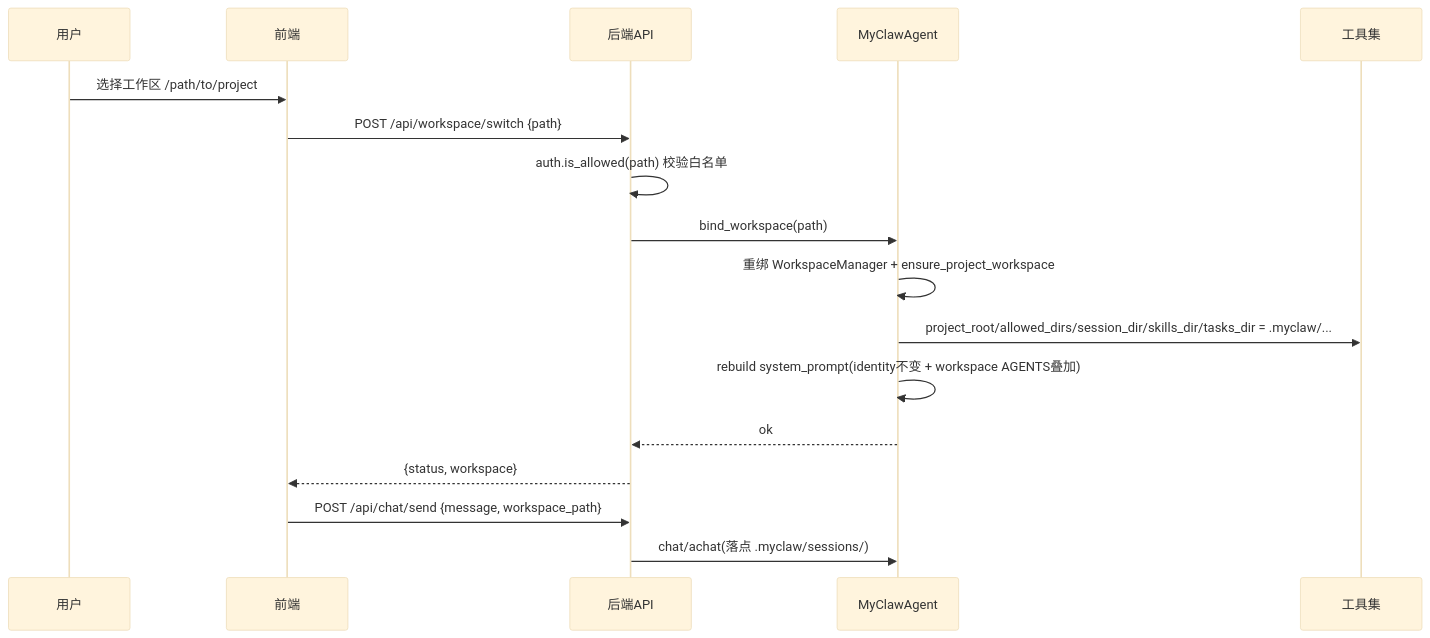
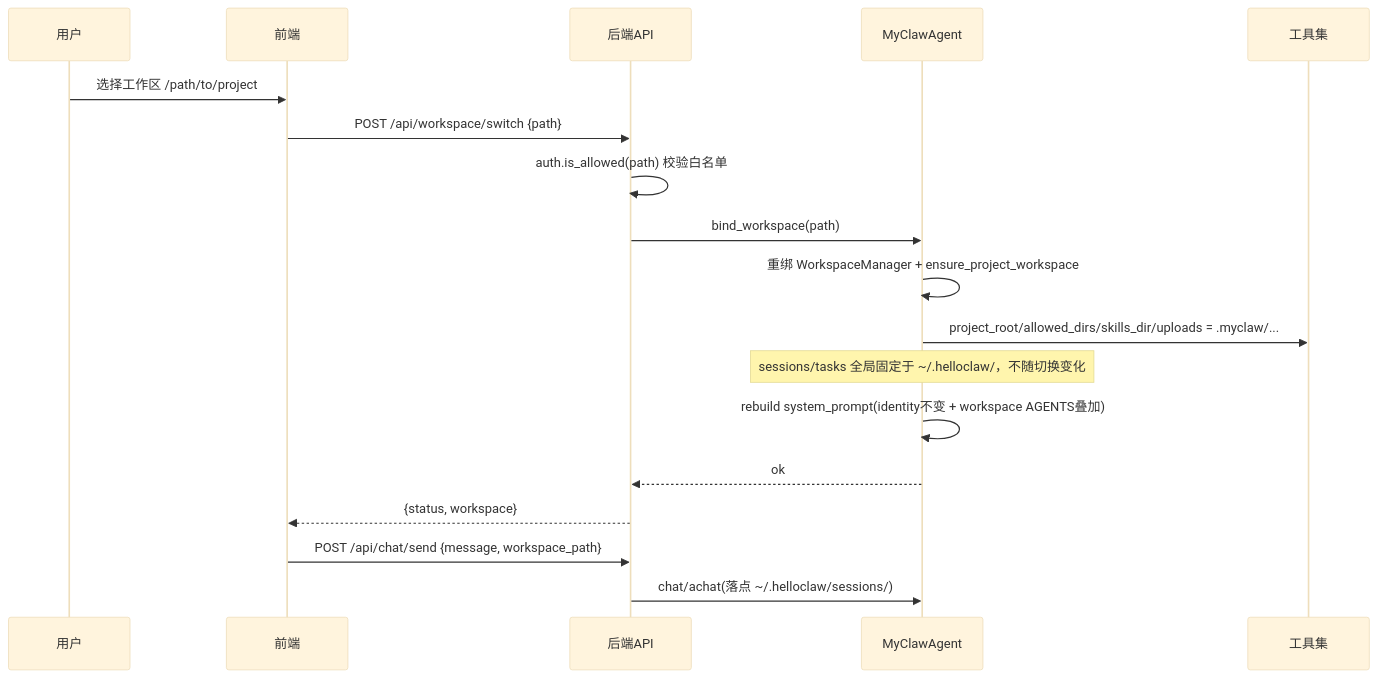
One commit to promisestar/MyClaw changed the diagram in docs/MyClaw实现详解/Agent多工作区设计与实现/多工作区工程设计.md. Above: the diagram before and after it, drawn with Mermaid (base theme). The commit also changed other lines of this file and 6 other files, not shown here.

````diff
--- a/docs/MyClaw实现详解/Agent多工作区设计与实现/多工作区工程设计.md
+++ b/docs/MyClaw实现详解/Agent多工作区设计与实现/多工作区工程设计.md
@@ -281,20 +285,21 @@
 ```mermaid
 sequenceDiagram
     participant U as 用户
     participant F as 前端
     participant API as 后端API
     participant A as MyClawAgent
     participant T as 工具集
 
     U->>F: 选择工作区 /path/to/project
     F->>API: POST /api/workspace/switch {path}
     API->>API: auth.is_allowed(path) 校验白名单
     API->>A: bind_workspace(path)
     A->>A: 重绑 WorkspaceManager + ensure_project_workspace
-    A->>T: project_root/allowed_dirs/session_dir/skills_dir/tasks_dir = .myclaw/...
+    A->>T: project_root/allowed_dirs/skills_dir/uploads = .myclaw/...
+    Note over A: sessions/tasks 全局固定于 ~/.helloclaw/，不随切换变化
     A->>A: rebuild system_prompt(identity不变 + workspace AGENTS叠加)
     A-->>API: ok
     API-->>F: {status, workspace}
     F->>API: POST /api/chat/send {message, workspace_path}
-    API->>A: chat/achat(落点 .myclaw/sessions/)
+    API->>A: chat/achat(落点 ~/.helloclaw/sessions/)
 ```
````
